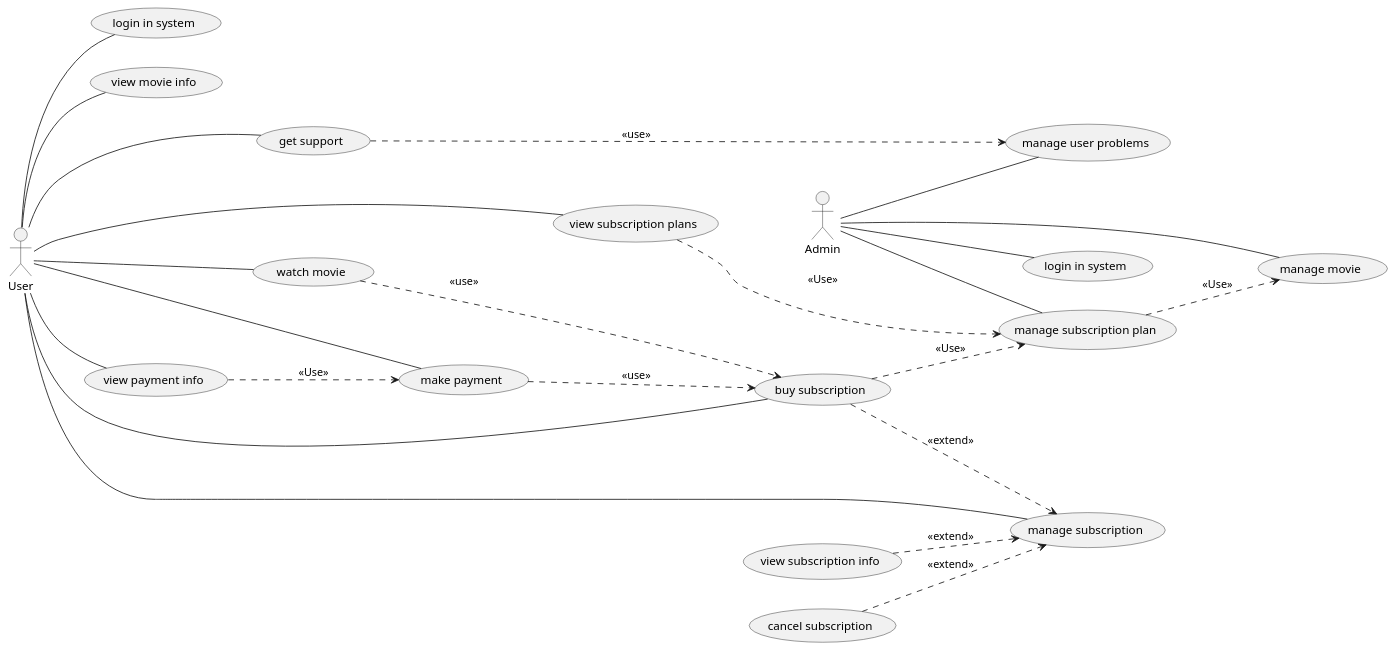
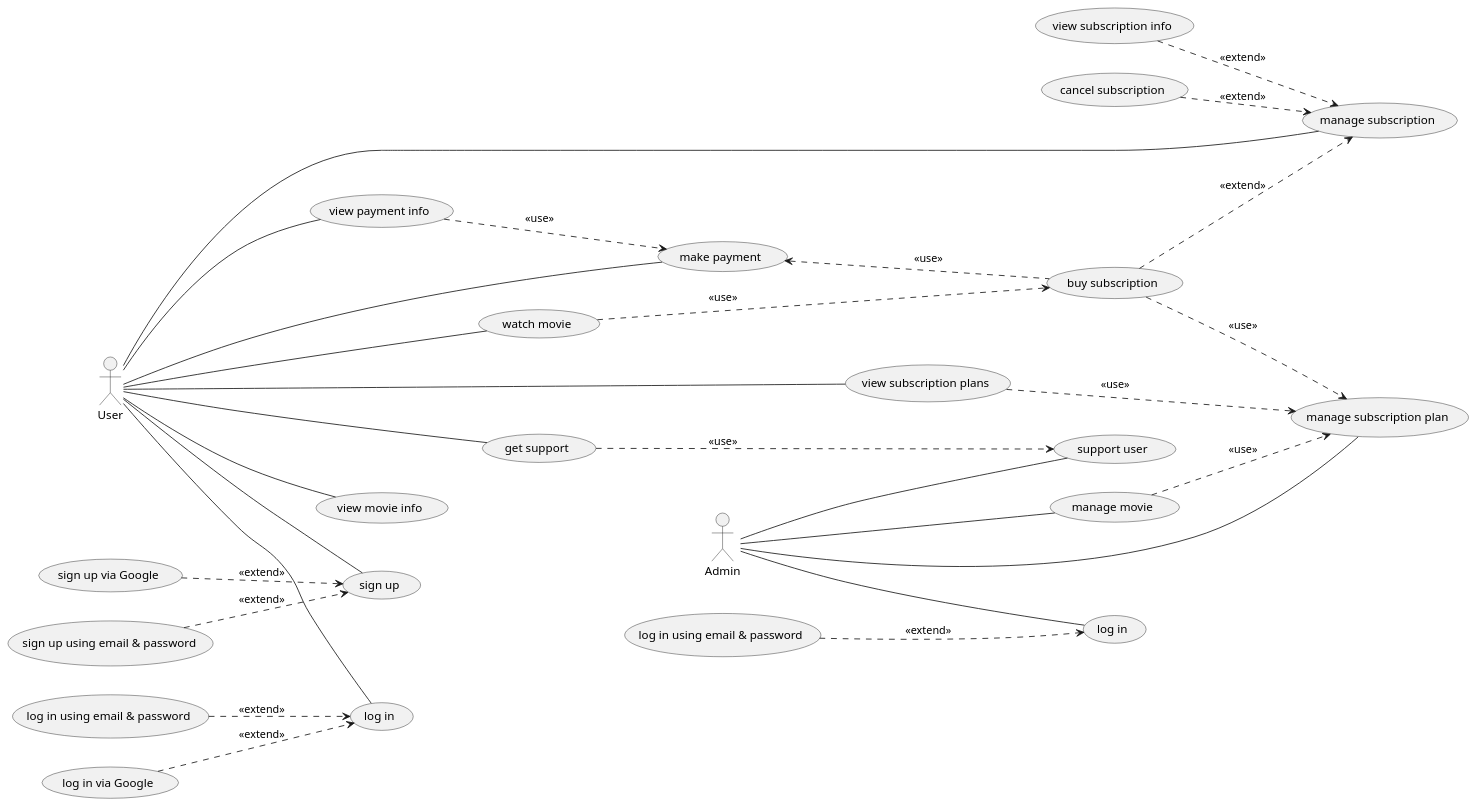
One commit to StudentPP1/KPI changed the diagram in lab2/plan-uml.puml. Above: the diagram before and after it, drawn with PlantUML. The commit also changed 3 other files, not shown here.

```diff
--- a/lab2/plan-uml.puml
+++ b/lab2/plan-uml.puml
@@ -1,55 +1,74 @@
 @startuml
 left to right direction
 
-actor User
-actor Admin
+actor "User" as User
+actor "Admin" as Admin
 
-' --- Use cases ---
-usecase "login in system"            as UC_Login
-usecase "view movie info"            as VMInfo
-usecase "get support"                as Support
-usecase "watch movie"                as Watch
-usecase "make payment"               as Pay
-usecase "view payment info"          as PayInfo
-usecase "manage subscription"        as ManageSub
-usecase "view subscription info"     as VSubInfo
-usecase "cancel subscription"        as CancelSub
-usecase "buy subscription"           as BuySub
-usecase "view subscription plans"    as ViewPlans
+' ==== User Use Cases ====
+usecase "sign up" as UC_SignUp
+usecase "sign up using email & password" as UC_SignUpEmail
+usecase "sign up via Google" as UC_SignUpGoogle
 
-usecase "login in system"       as UC_AdminLogin
-usecase "manage user problems"       as ManageProblems
-usecase "manage movie"               as ManageMovie
-usecase "manage subscription plan"   as ManagePlan
+usecase "log in" as UC_Login
+usecase "log in using email & password" as UC_LoginEmail
+usecase "log in via Google" as UC_LoginGoogle
 
-' --- Associations ---
-User  -- UC_Login
-User  -- VMInfo
-User  -- Support
-User  -- Watch
-User  -- Pay
-User  -- PayInfo
-User  -- ManageSub
-User  -- BuySub
-User  -- ViewPlans
+usecase "view movie info" as UC_ViewMovie
+usecase "watch movie" as UC_Watch
+usecase "make payment" as UC_Payment
+usecase "view payment info" as UC_PayInfo
+
+usecase "manage subscription" as UC_ManageSub
+usecase "view subscription info" as UC_ViewSub
+usecase "cancel subscription" as UC_CancelSub
+usecase "buy subscription" as UC_BuySub
+usecase "view subscription plans" as UC_ViewPlans
+
+usecase "get support" as UC_Support
+
+' ==== Admin Use Cases ====
+usecase "log in" as UC_AdminLogin
+usecase "log in using email & password" as UC_AdminLoginEmail
+usecase "support user" as UC_SupportUser
+usecase "manage movie" as UC_ManageMovie
+usecase "manage subscription plan" as UC_ManagePlan
+
+' ==== Associations ====
+User -- UC_SignUp
+User -- UC_Login
+User -- UC_ViewMovie
+User -- UC_Watch
+User -- UC_Payment
+User -- UC_PayInfo
+User -- UC_ManageSub
+User -- UC_ViewPlans
+User -- UC_Support
 
 Admin -- UC_AdminLogin
-Admin -- ManageProblems
-Admin -- ManageMovie
-Admin -- ManagePlan
+Admin -- UC_SupportUser
+Admin -- UC_ManageMovie
+Admin -- UC_ManagePlan
 
-' --- <<extend>> ---
-VSubInfo   ..> ManageSub : <<extend>>
-CancelSub  ..> ManageSub : <<extend>>
-BuySub     ..> ManageSub : <<extend>>
+' ==== Extends ====
+UC_SignUpEmail ..> UC_SignUp : <<extend>>
+UC_SignUpGoogle ..> UC_SignUp : <<extend>>
 
-' --- <<Use>> ---
-Support    ..> ManageProblems : <<use>>
-Watch      ..> BuySub         : <<use>>
-Pay        ..> BuySub         : <<use>>
-ViewPlans  ..> ManagePlan     : <<Use>>
-BuySub     ..> ManagePlan     : <<Use>>
-ManagePlan ..> ManageMovie    : <<Use>>
-PayInfo ..> Pay               : <<Use>>
+UC_LoginEmail ..> UC_Login : <<extend>>
+UC_LoginGoogle ..> UC_Login : <<extend>>
+
+UC_ViewSub ..> UC_ManageSub : <<extend>>
+UC_CancelSub ..> UC_ManageSub : <<extend>>
+UC_BuySub ..> UC_ManageSub : <<extend>>
+
+UC_AdminLoginEmail ..> UC_AdminLogin : <<extend>>
+
+' ==== Use ====
+UC_Support ..> UC_SupportUser : <<use>>
+UC_Watch ..> UC_BuySub : <<use>>
+UC_Payment <.. UC_BuySub : <<use>>
+UC_ViewPlans ..> UC_ManagePlan : <<use>>
+UC_BuySub ..> UC_ManagePlan : <<use>>
+UC_ManageMovie ..> UC_ManagePlan : <<use>>
+UC_PayInfo ..> UC_Payment : <<use>>
 
 @enduml
```
